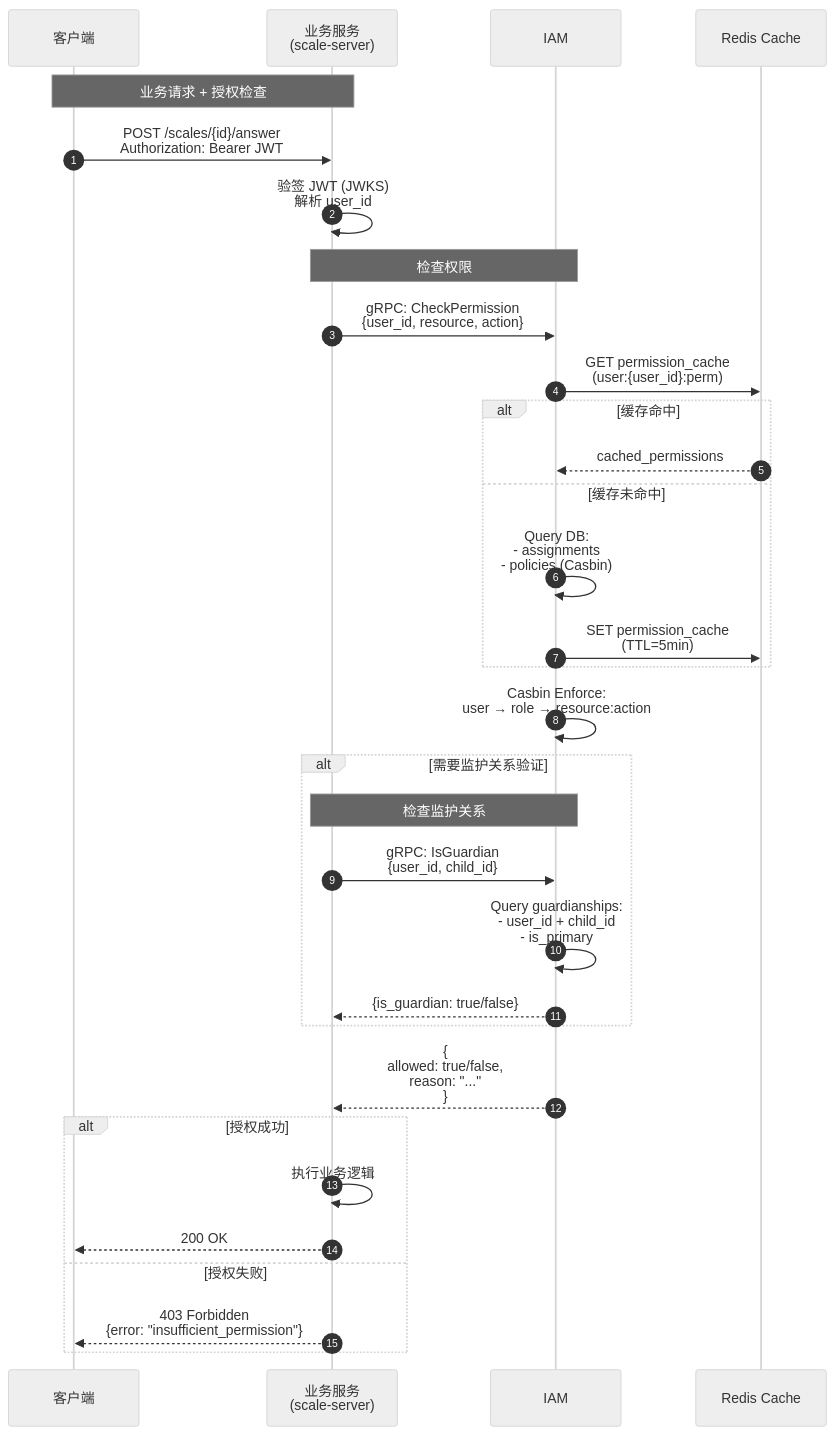
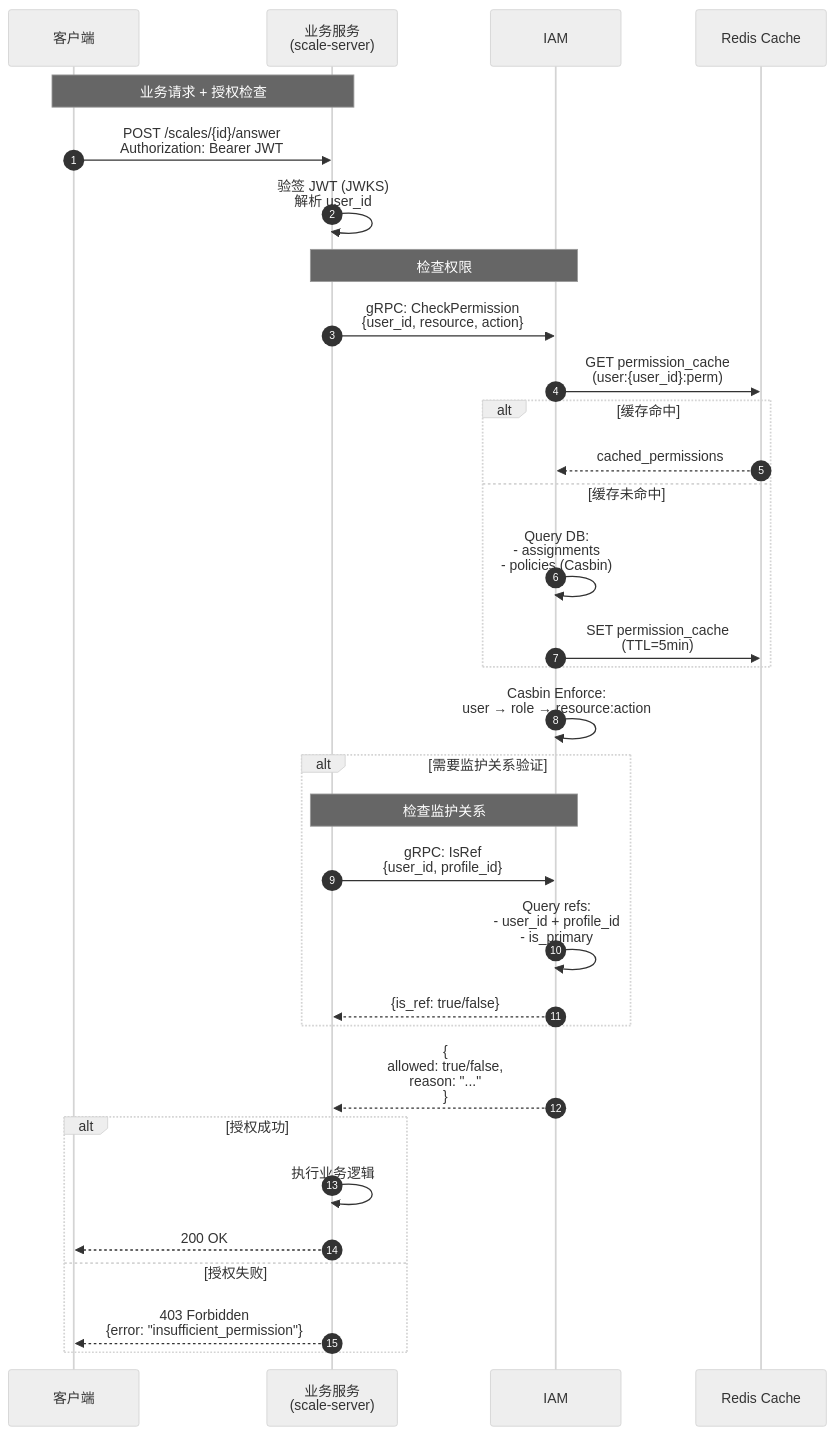
One commit to FangcunMount/iam changed the fifth of 6 diagrams in README.md. Above: the diagram before and after it, drawn with Mermaid (neutral theme). The commit also changed other lines of this file and 216 other files, not shown here.

Commit message:
feat UC 模块领域模型更新，使用 User + Profile + ProfileLink 承载核心语义

````diff
--- a/README.md
+++ b/README.md
@@ -394,43 +394,43 @@
 ```mermaid
 sequenceDiagram
     autonumber
     participant Client as 客户端
     participant BizSvc as 业务服务<br/>(scale-server)
     participant IAM as IAM
     participant Cache as Redis Cache
 
     Note over Client,BizSvc: 业务请求 + 授权检查
     Client->>BizSvc: POST /scales/{id}/answer<br/>Authorization: Bearer JWT
     
     BizSvc->>BizSvc: 验签 JWT (JWKS)<br/>解析 user_id
     
     Note over BizSvc,IAM: 检查权限
     BizSvc->>IAM: gRPC: CheckPermission<br/>{user_id, resource, action}
     
     IAM->>Cache: GET permission_cache<br/>(user:{user_id}:perm)
     
     alt 缓存命中
         Cache-->>IAM: cached_permissions
     else 缓存未命中
         IAM->>IAM: Query DB:<br/>- assignments<br/>- policies (Casbin)
         IAM->>Cache: SET permission_cache<br/>(TTL=5min)
     end
     
     IAM->>IAM: Casbin Enforce:<br/>user → role → resource:action
     
     alt 需要监护关系验证
         Note over BizSvc,IAM: 检查监护关系
-        BizSvc->>IAM: gRPC: IsGuardian<br/>{user_id, child_id}
-        IAM->>IAM: Query guardianships:<br/>- user_id + child_id<br/>- is_primary
-        IAM-->>BizSvc: {is_guardian: true/false}
+        BizSvc->>IAM: gRPC: IsRef<br/>{user_id, profile_id}
+        IAM->>IAM: Query refs:<br/>- user_id + profile_id<br/>- is_primary
+        IAM-->>BizSvc: {is_ref: true/false}
     end
     
     IAM-->>BizSvc: {<br/>  allowed: true/false,<br/>  reason: "..."<br/>}
     
     alt 授权成功
         BizSvc->>BizSvc: 执行业务逻辑
         BizSvc-->>Client: 200 OK
     else 授权失败
         BizSvc-->>Client: 403 Forbidden<br/>{error: "insufficient_permission"}
     end
 ```
````
